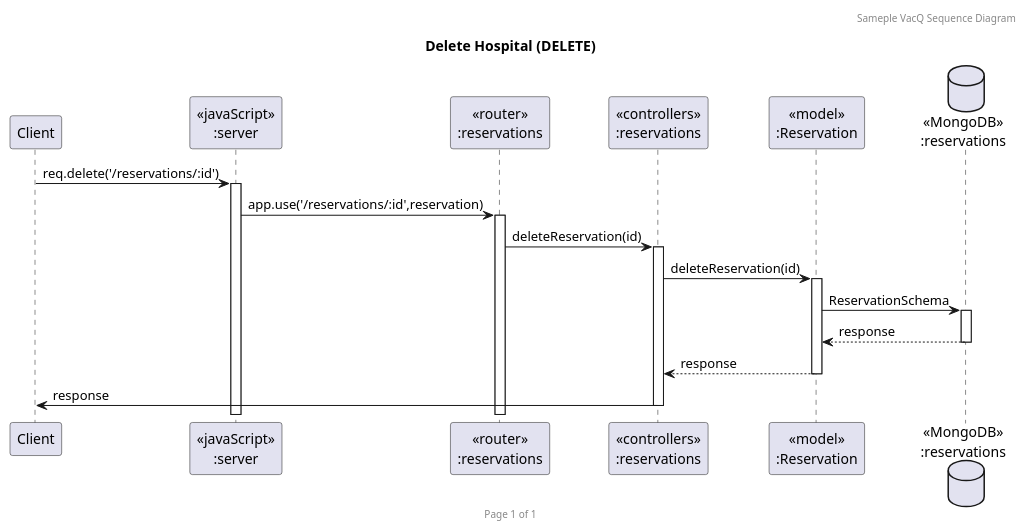
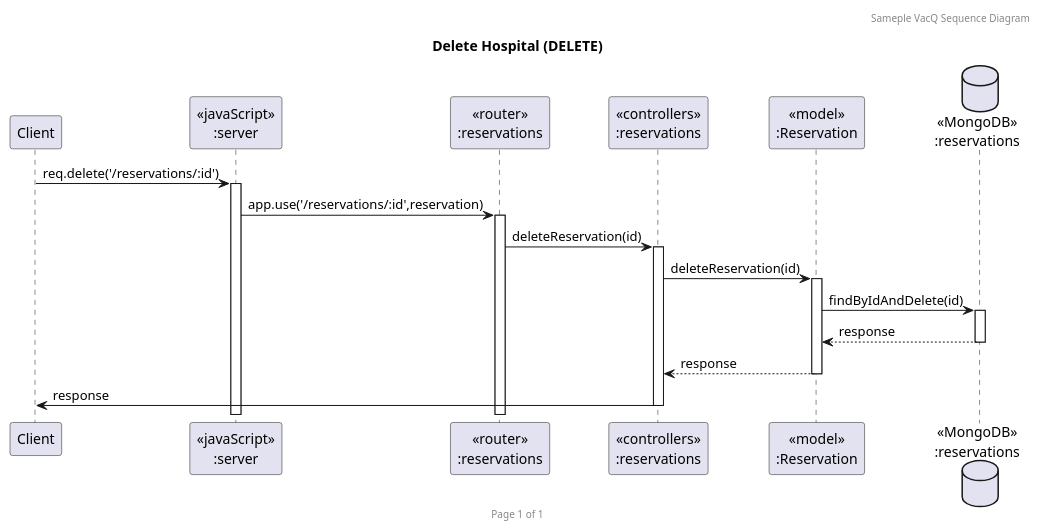
One commit to GavinITP/co-working-space-reservation changed the diagram in uml/coWorking_reservation_delete.puml. Above: the diagram before and after it, drawn with PlantUML. The commit also changed 4 other files, not shown here.

```diff
--- a/uml/coWorking_reservation_delete.puml
+++ b/uml/coWorking_reservation_delete.puml
@@ -1,23 +1,23 @@
 @startuml Delete Hospital (DELETE)
 
 header Sameple VacQ Sequence Diagram
 footer Page %page% of %lastpage%
 title "Delete Hospital (DELETE)"
 
 participant "Client" as client
 participant "<<javaScript>>\n:server" as server
 participant "<<router>>\n:reservations" as routerReservation
 participant "<<controllers>>\n:reservations" as controllersReservation
 participant "<<model>>\n:Reservation" as modelReservation
 database "<<MongoDB>>\n:reservations" as ReservationDatabase
 
 client->server ++:req.delete('/reservations/:id')
 server->routerReservation ++:app.use('/reservations/:id',reservation)
 routerReservation -> controllersReservation ++:deleteReservation(id)
 controllersReservation->modelReservation ++:deleteReservation(id)
-modelReservation ->ReservationDatabase ++: ReservationSchema
+modelReservation ->ReservationDatabase ++: findByIdAndDelete(id)
 ReservationDatabase --> modelReservation --: response
 controllersReservation <-- modelReservation --:response
 controllersReservation->client --:response
 
 @enduml
```
